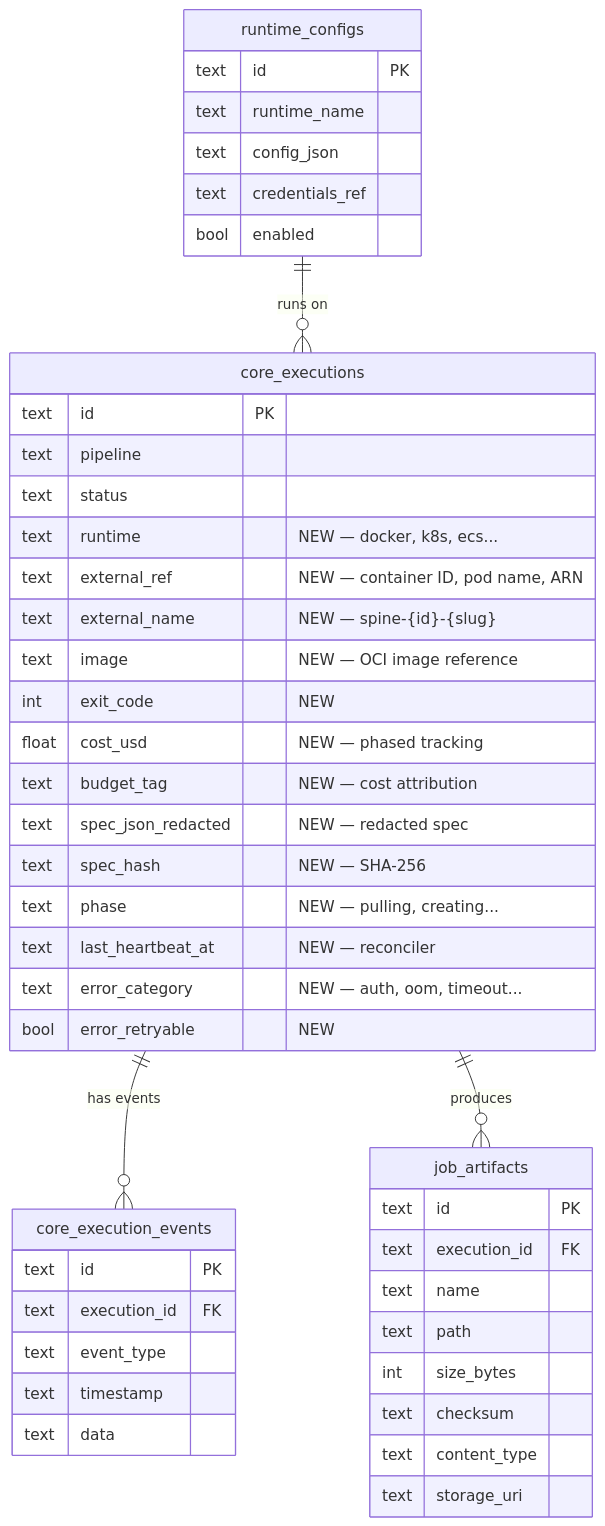
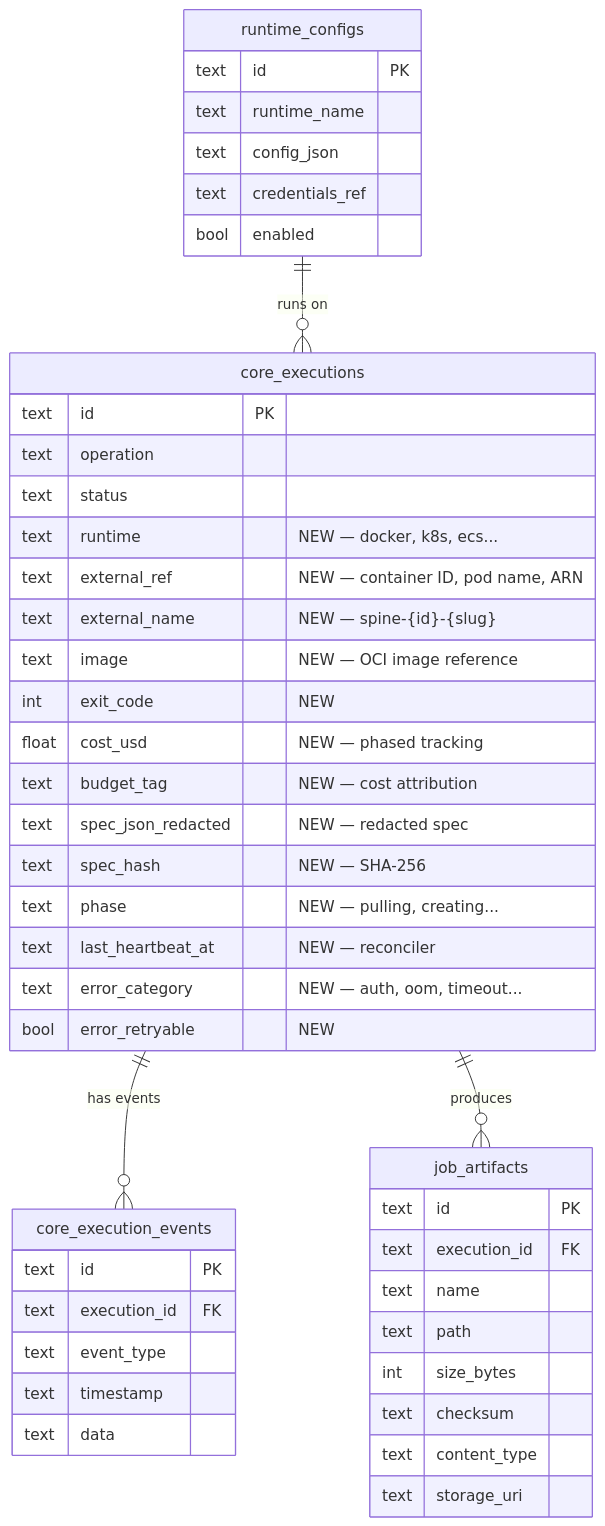
Before and after one commit to ryansmccoy/spine-core: diagram 11 of 12 in docs/architecture/JOB_ENGINE_ARCHITECTURE.md, drawn with Mermaid. The commit also changed other lines of this file and 616 other files, not shown here.

Commit message:
refactor(core): rename pipeline to operation and fix audit findings

````diff
--- a/docs/architecture/JOB_ENGINE_ARCHITECTURE.md
+++ b/docs/architecture/JOB_ENGINE_ARCHITECTURE.md
@@ -530,52 +530,52 @@
 ```mermaid
 erDiagram
     core_executions {
         text id PK
-        text pipeline
+        text operation
         text status
         text runtime "NEW — docker, k8s, ecs..."
         text external_ref "NEW — container ID, pod name, ARN"
         text external_name "NEW — spine-{id}-{slug}"
         text image "NEW — OCI image reference"
         int exit_code "NEW"
         float cost_usd "NEW — phased tracking"
         text budget_tag "NEW — cost attribution"
         text spec_json_redacted "NEW — redacted spec"
         text spec_hash "NEW — SHA-256"
         text phase "NEW — pulling, creating..."
         text last_heartbeat_at "NEW — reconciler"
         text error_category "NEW — auth, oom, timeout..."
         bool error_retryable "NEW"
     }
 
     core_execution_events {
         text id PK
         text execution_id FK
         text event_type
         text timestamp
         text data
     }
 
     job_artifacts {
         text id PK
         text execution_id FK
         text name
         text path
         int size_bytes
         text checksum
         text content_type
         text storage_uri
     }
 
     runtime_configs {
         text id PK
         text runtime_name
         text config_json
         text credentials_ref
         bool enabled
     }
 
     core_executions ||--o{ core_execution_events : "has events"
     core_executions ||--o{ job_artifacts : "produces"
     runtime_configs ||--o{ core_executions : "runs on"
 ```
````
